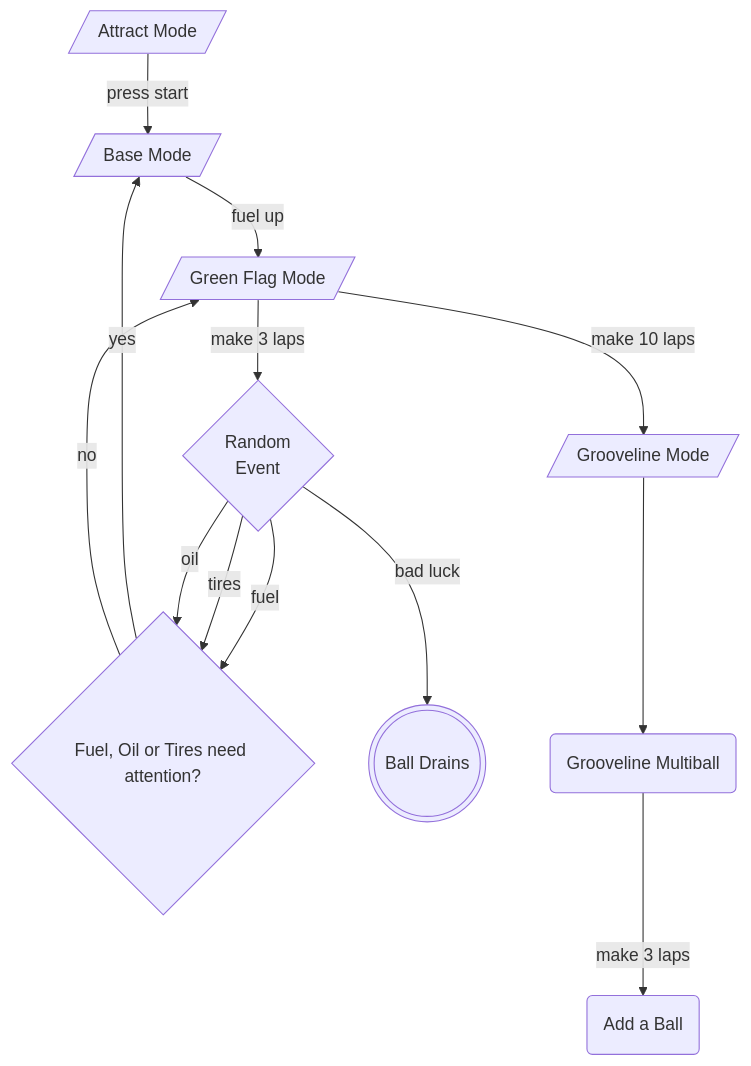
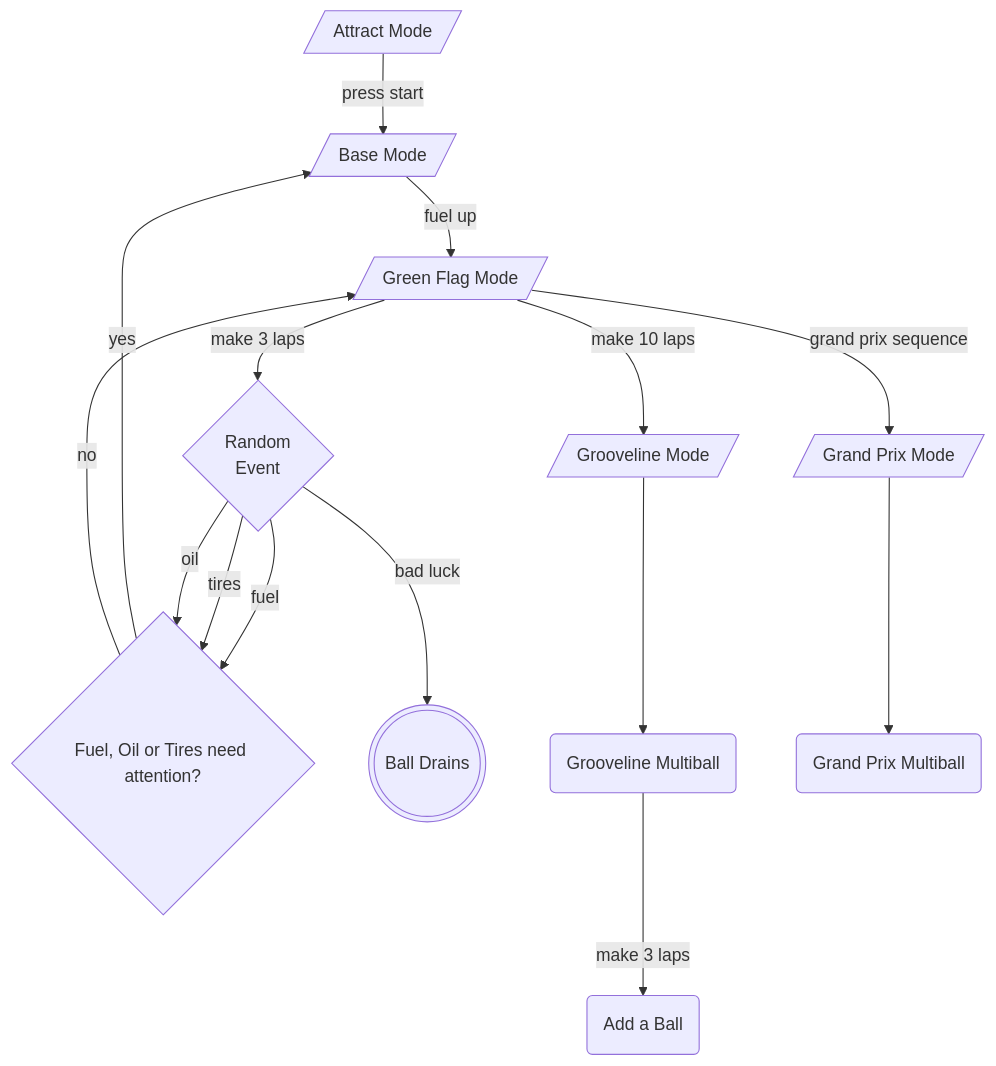
Before and after one commit to deathsave/grand-prix: the diagram in README.md, drawn with Mermaid. The commit also changed 12 other files, not shown here.

````diff
--- a/README.md
+++ b/README.md
@@ -25,17 +25,18 @@
 ```mermaid
 graph TD
   ATTRACT[/"Attract Mode"/] -- press start --> BASE[/"Base Mode"/]
   BASE -- fuel up --> GREEN_FLAG[/"Green Flag Mode"/]
   GREEN_FLAG -- make 3 laps --> RANDOM1{"Random<br>Event"}
   GREEN_FLAG -- make 10 laps --> GL_MODE[/"Grooveline Mode"/]
+  GREEN_FLAG -- grand prix sequence --> GP_MODE[/"Grand Prix Mode"/]
   RANDOM1 -- fuel -->
     PIT_CHECK{"Fuel, Oil or Tires need attention?"}
   RANDOM1 -- tires --> PIT_CHECK
   RANDOM1 -- oil --> PIT_CHECK
   RANDOM1 -- bad luck --> BALL_DRAINS((("Ball Drains")))
   PIT_CHECK -- yes --> BASE
   PIT_CHECK -- no --> GREEN_FLAG
   GL_MODE --> GL_MULTI("Grooveline Multiball")
+  GP_MODE --> GP_MULTI("Grand Prix Multiball")
   GL_MULTI -- make 3 laps --> GL_MULTI_ADD_BALL("Add a Ball")
-
 ```
````
